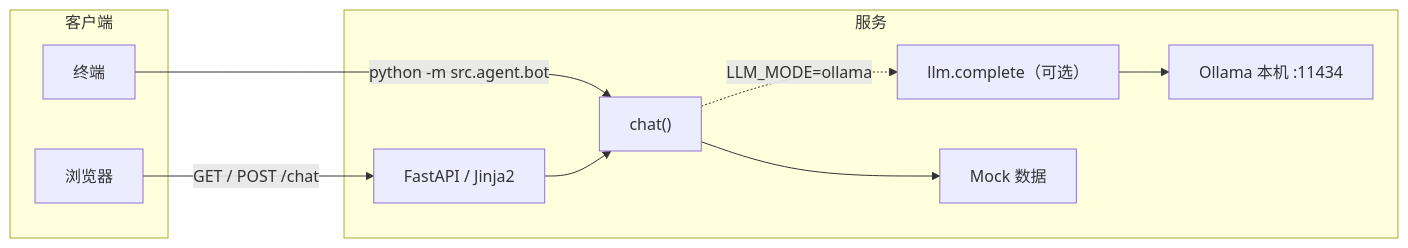
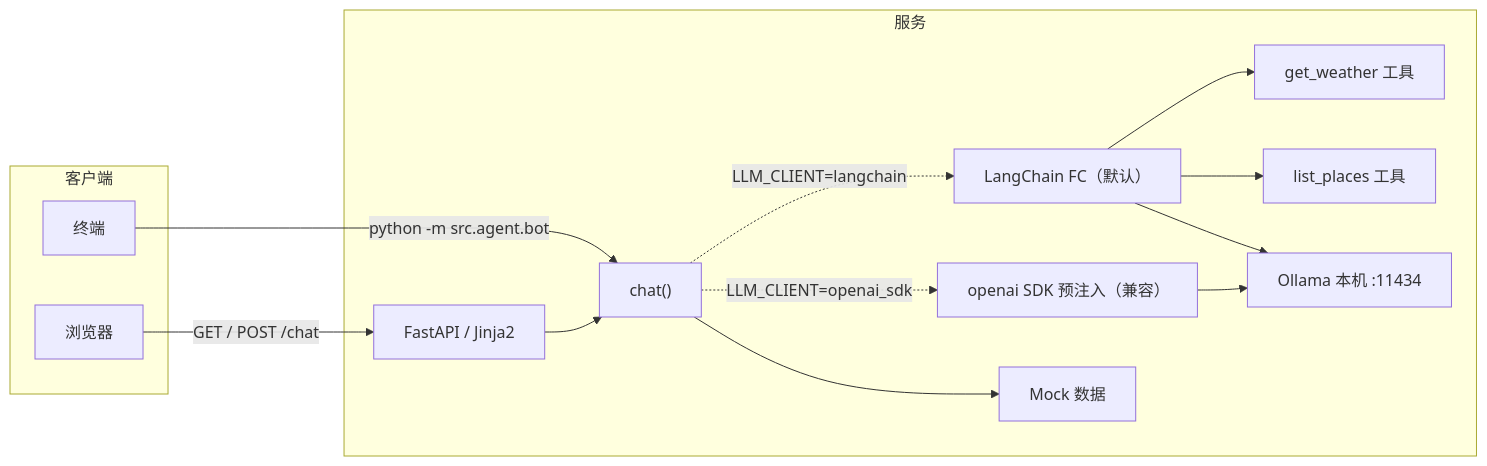
One commit to zhuweinan98/where-to-go changed the diagram in docs/技术方案.md. Above: the diagram before and after it, drawn with Mermaid. The commit also changed other lines of this file and 8 other files, not shown here.

First line of the commit message:
feat(agent): 增加 LangChain Function Calling 路径并完善调试可观测性

````diff
--- a/docs/技术方案.md
+++ b/docs/技术方案.md
@@ -19,20 +19,27 @@
 ```mermaid
 flowchart LR
   subgraph client [客户端]
     B[浏览器]
     T[终端]
   end
   subgraph server [服务]
     W[FastAPI / Jinja2]
     A["chat()"]
-    L["llm.complete（可选）"]
+    L1["LangChain FC（默认）"]
+    L2["openai SDK 预注入（兼容）"]
+    T1["get_weather 工具"]
+    T2["list_places 工具"]
     D[Mock 数据]
     O[Ollama 本机 :11434]
   end
   B -->|GET / POST /chat| W
   T -->|python -m src.agent.bot| A
   W --> A
   A --> D
-  A -.->|LLM_MODE=ollama| L
-  L --> O
+  A -.->|LLM_CLIENT=langchain| L1
+  A -.->|LLM_CLIENT=openai_sdk| L2
+  L1 --> T1
+  L1 --> T2
+  L1 --> O
+  L2 --> O
 ```
````
